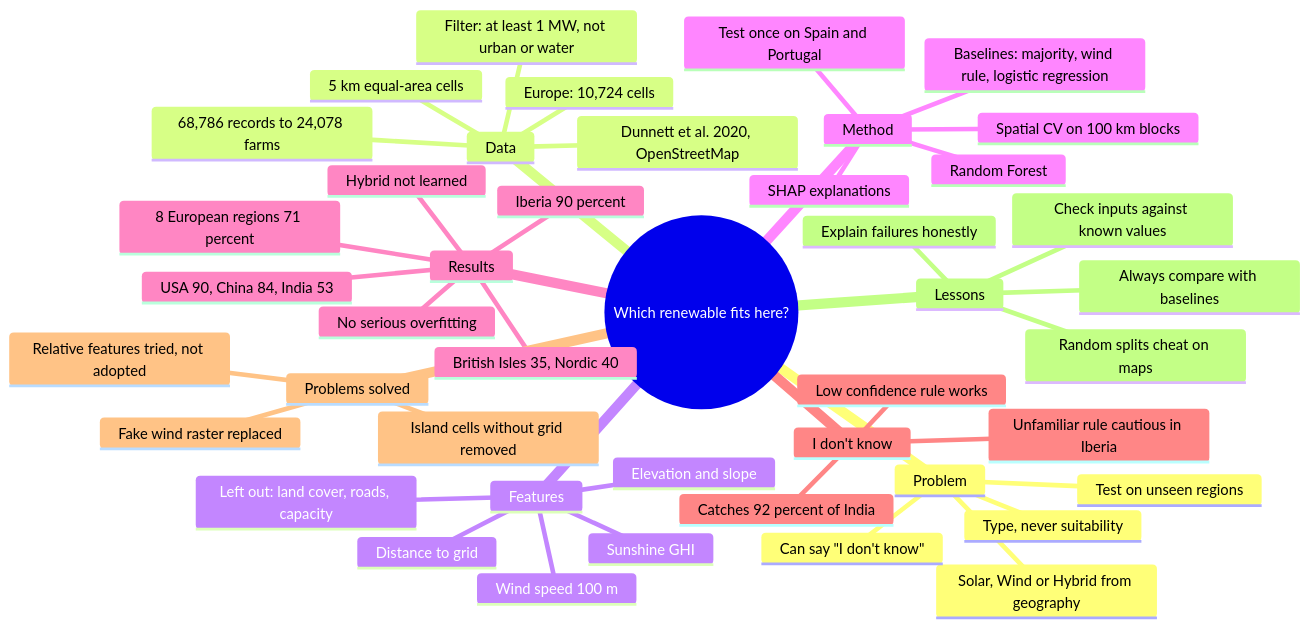
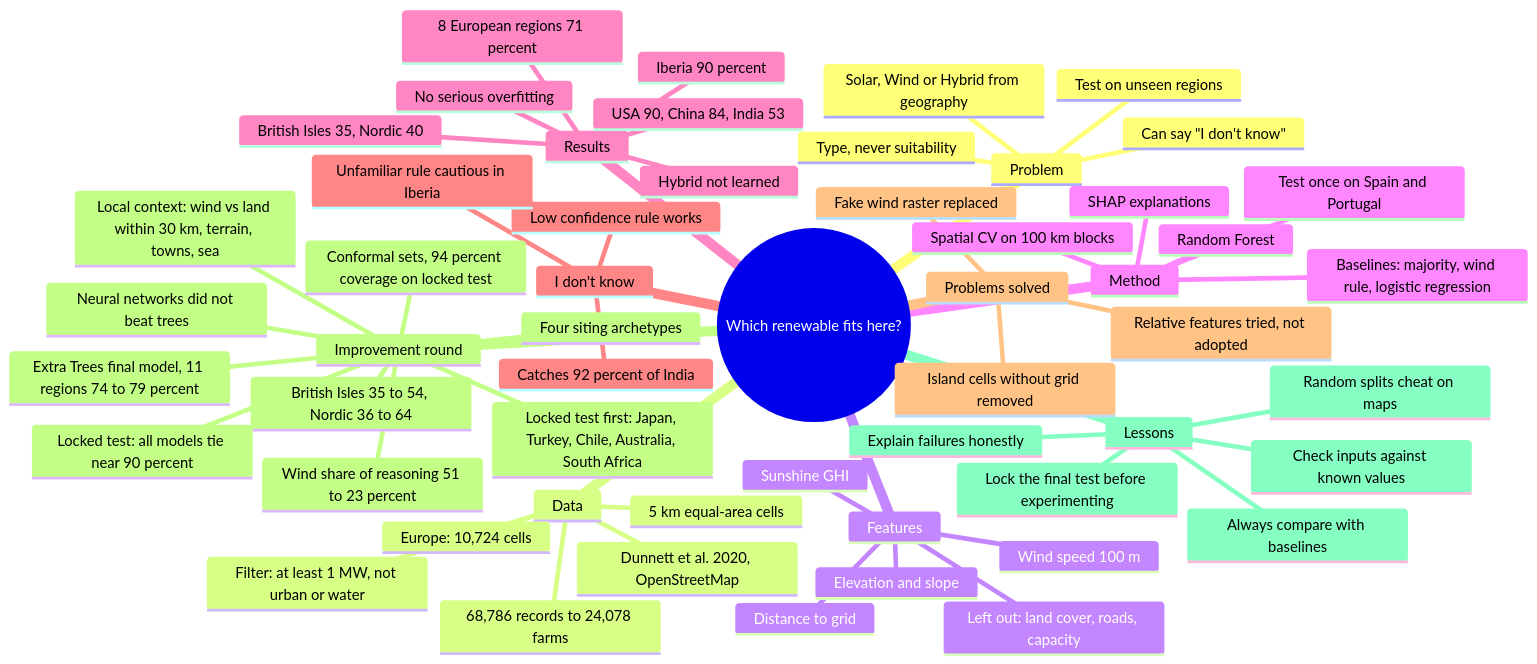
The diagram in docs/MINDMAP.md (AshutoshSinghJ/renewable-siting-ml), drawn with Mermaid before and after one commit. The commit also changed 47 other files, not shown here.

First line of the commit message:
Improvement round: local-context features, Extra Trees, conformal sets, locked final test

````diff
--- a/docs/MINDMAP.md
+++ b/docs/MINDMAP.md
@@ -5,47 +5,58 @@
 ```mermaid
 mindmap
   root((Which renewable fits here?))
     Problem
       Solar, Wind or Hybrid from geography
       Test on unseen regions
       Can say "I don't know"
       Type, never suitability
     Data
       Dunnett et al. 2020, OpenStreetMap
       68,786 records to 24,078 farms
       Filter: at least 1 MW, not urban or water
       5 km equal-area cells
       Europe: 10,724 cells
     Features
       Sunshine GHI
       Wind speed 100 m
       Elevation and slope
       Distance to grid
       Left out: land cover, roads, capacity
     Method
       Random Forest
       Baselines: majority, wind rule, logistic regression
       Spatial CV on 100 km blocks
       Test once on Spain and Portugal
       SHAP explanations
     Results
       Iberia 90 percent
       8 European regions 71 percent
       British Isles 35, Nordic 40
       USA 90, China 84, India 53
       Hybrid not learned
       No serious overfitting
     I don't know
       Low confidence rule works
       Unfamiliar rule cautious in Iberia
       Catches 92 percent of India
     Problems solved
       Fake wind raster replaced
       Island cells without grid removed
       Relative features tried, not adopted
+    Improvement round
+      Locked test first: Japan, Turkey, Chile, Australia, South Africa
+      Local context: wind vs land within 30 km, terrain, towns, sea
+      Extra Trees final model, 11 regions 74 to 79 percent
+      British Isles 35 to 54, Nordic 36 to 64
+      Wind share of reasoning 51 to 23 percent
+      Neural networks did not beat trees
+      Conformal sets, 94 percent coverage on locked test
+      Four siting archetypes
+      Locked test: all models tie near 90 percent
     Lessons
       Random splits cheat on maps
       Always compare with baselines
       Check inputs against known values
       Explain failures honestly
+      Lock the final test before experimenting
 ```
````
